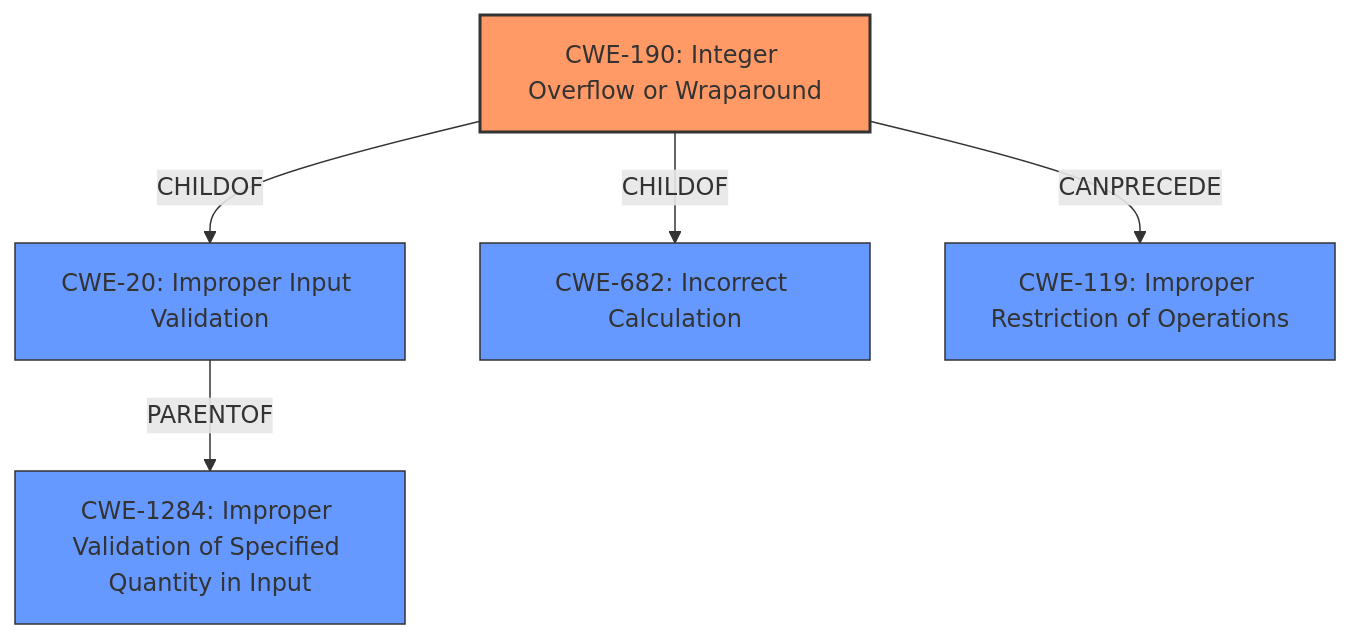
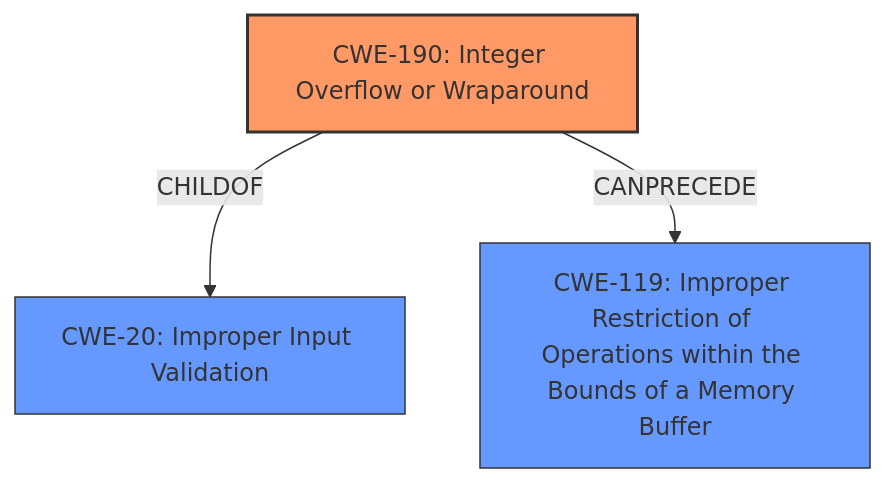
The diagram in CVE-2021-30860/CVE-2021-30860_analysis.md (CyberSecAI/cwe_agent_assign_reports_2023), drawn with Mermaid before and after one commit. The commit also changed other lines of this file and 902 other files, not shown here.

````diff
--- a/CVE-2021-30860/CVE-2021-30860_analysis.md
+++ b/CVE-2021-30860/CVE-2021-30860_analysis.md
@@ -17,19 +17,15 @@
 ```mermaid
 graph TD
     cwe190["CWE-190: Integer Overflow or Wraparound"]
     cwe20["CWE-20: Improper Input Validation"]
-    cwe682["CWE-682: Incorrect Calculation"]
-    cwe119["CWE-119: Improper Restriction of Operations"]
-    cwe1284["CWE-1284: Improper Validation of Specified Quantity in Input"]
+    cwe119["CWE-119: Improper Restriction of Operations within the Bounds of a Memory Buffer"]
 
-    cwe190 -->|CHILDOF| cwe682
     cwe190 -->|CHILDOF| cwe20
     cwe190 -->|CANPRECEDE| cwe119
-    cwe20 -->|PARENTOF| cwe1284
-
+    
     classDef primary fill:#f96,stroke:#333,stroke-width:2px
     classDef secondary fill:#69f,stroke:#333
-    classDef tertiary fill:#9e9,stroke:#333
     class cwe190 primary
-    class cwe20,cwe682,cwe119,cwe1284 secondary
+    class cwe20 secondary
+    class cwe119 secondary
 ```
````
